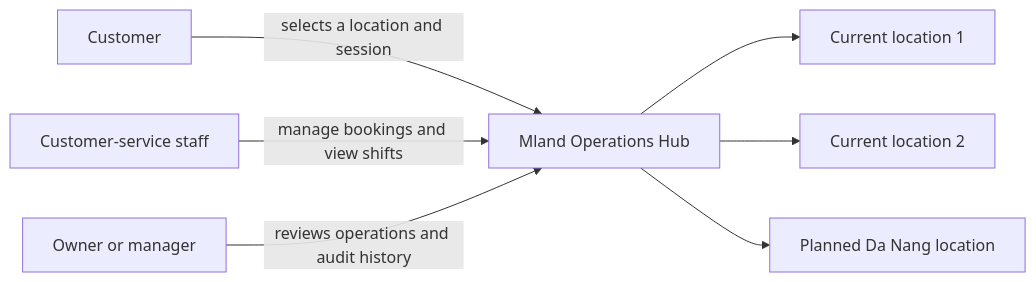
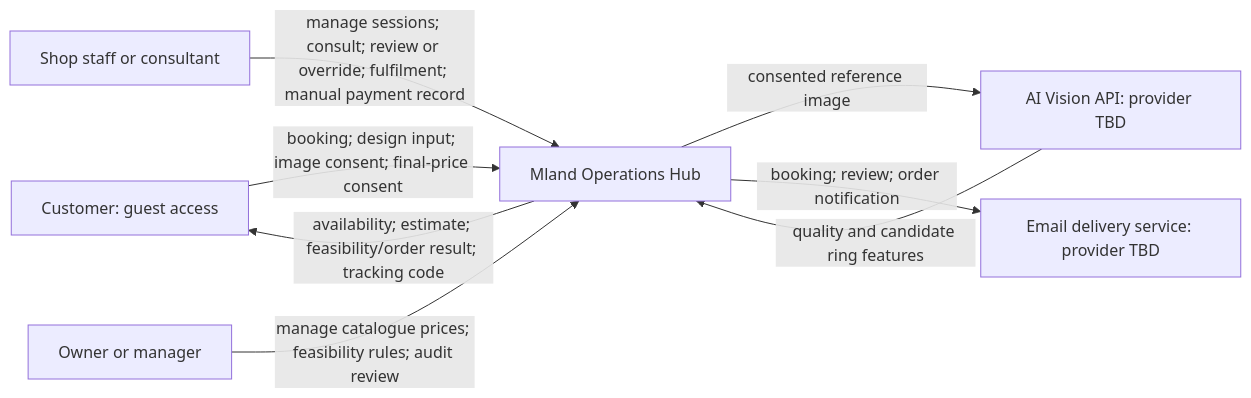
The diagram in documents/docs/report-1-vision-scope/assets/diagrams/moh-context.mmd (quoc-ca/mland-operations-hub), drawn with Mermaid before and after one commit. The commit also changed 28 other files, not shown here.

Commit message:
Update vision & scope and project tracking

```diff
--- a/documents/docs/report-1-vision-scope/assets/diagrams/moh-context.mmd
+++ b/documents/docs/report-1-vision-scope/assets/diagrams/moh-context.mmd
@@ -1,7 +1,8 @@
 flowchart LR
-    Customer[Customer] -->|selects a location and session| MOH[Mland Operations Hub]
-    Staff[Customer-service staff] -->|manage bookings and view shifts| MOH
-    Owner[Owner or manager] -->|reviews operations and audit history| MOH
-    MOH --> Location1[Current location 1]
-    MOH --> Location2[Current location 2]
-    MOH --> Location3[Planned Da Nang location]
+    Customer[Customer: guest access] -->|booking; design input; image consent; final-price consent| MOH[Mland Operations Hub]
+    MOH -->|availability; estimate; feasibility/order result; tracking code| Customer
+    Staff[Shop staff or consultant] -->|manage sessions; consult; review or override; fulfilment; manual payment record| MOH
+    Owner[Owner or manager] -->|manage catalogue prices; feasibility rules; audit review| MOH
+    MOH -->|consented reference image| Vision[AI Vision API: provider TBD]
+    Vision -->|quality and candidate ring features| MOH
+    MOH -->|booking; review; order notification| Email[Email delivery service: provider TBD]
```
